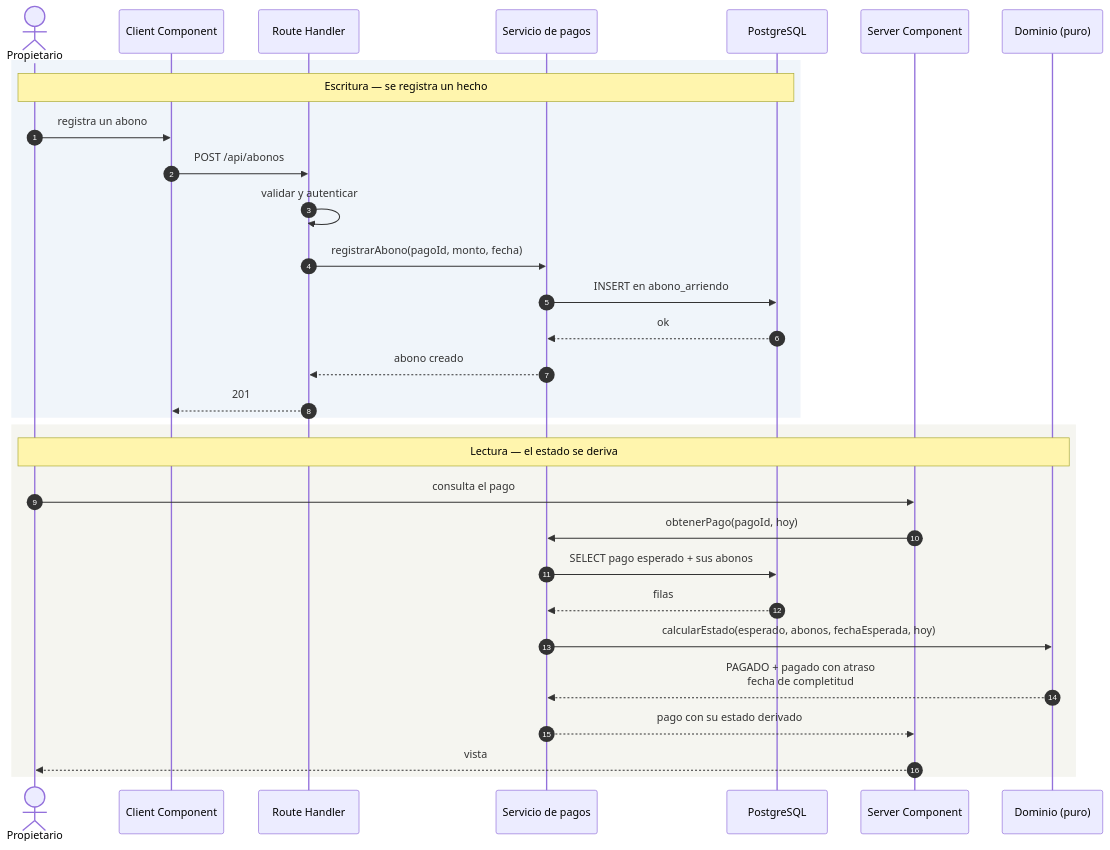
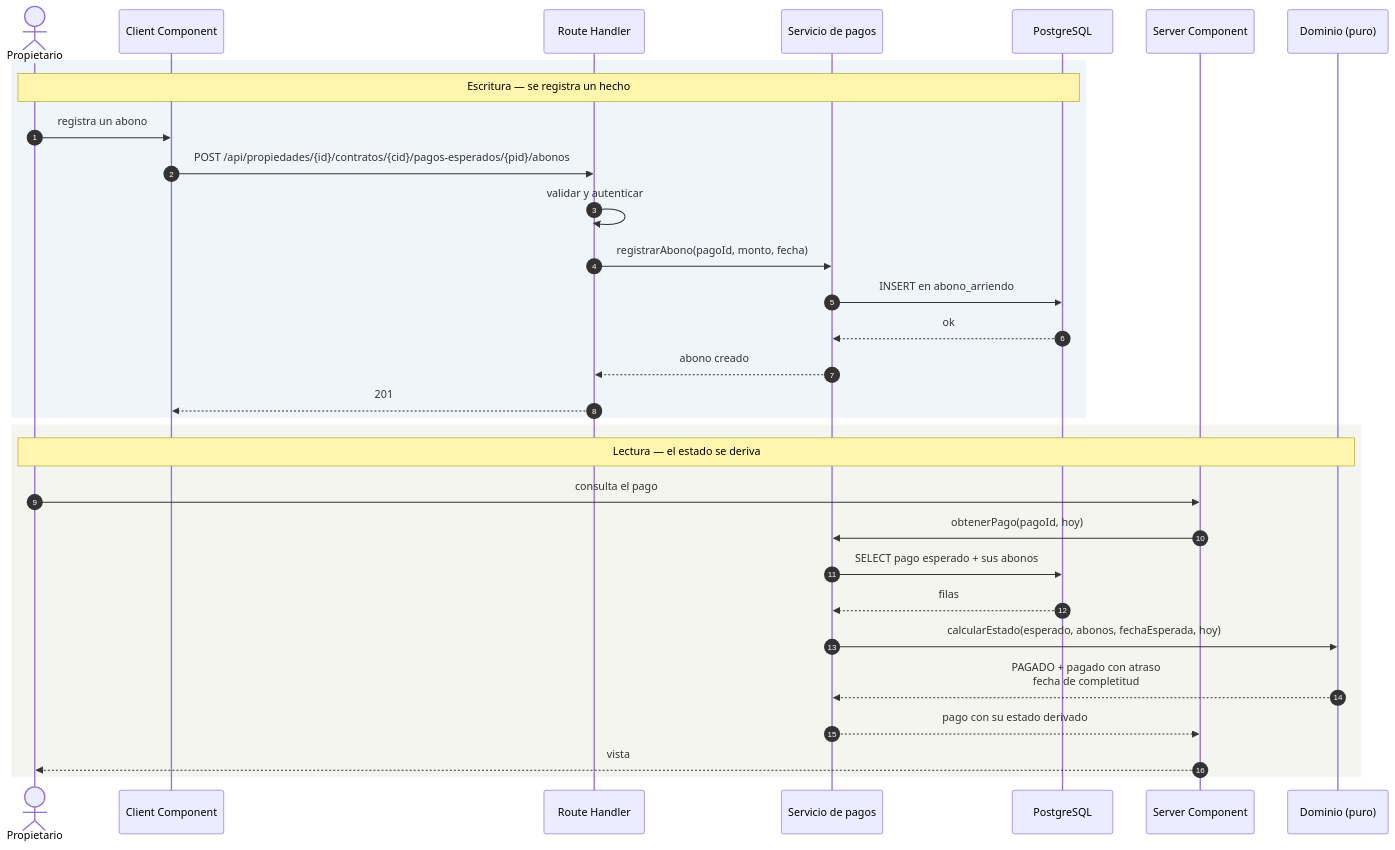
One commit to elianasaraith/feature-entrega-1-ESRF changed the fifth of 5 diagrams in docs/architecture.md. Above: the diagram before and after it, drawn with Mermaid. The commit also changed other lines of this file and 26 other files, not shown here.

````diff
--- a/docs/architecture.md
+++ b/docs/architecture.md
@@ -714,35 +714,35 @@
 ```mermaid
 sequenceDiagram
     autonumber
     actor U as Propietario
     participant C as Client Component
     participant R as Route Handler
     participant S as Servicio de pagos
     participant P as PostgreSQL
     participant SC as Server Component
     participant D as Dominio (puro)
 
     rect rgb(240, 245, 250)
     note over U,P: Escritura — se registra un hecho
     U->>C: registra un abono
-    C->>R: POST /api/abonos
+    C->>R: POST /api/propiedades/{id}/contratos/{cid}/pagos-esperados/{pid}/abonos
     R->>R: validar y autenticar
     R->>S: registrarAbono(pagoId, monto, fecha)
     S->>P: INSERT en abono_arriendo
     P-->>S: ok
     S-->>R: abono creado
     R-->>C: 201
     end
 
     rect rgb(245, 245, 240)
     note over U,D: Lectura — el estado se deriva
     U->>SC: consulta el pago
     SC->>S: obtenerPago(pagoId, hoy)
     S->>P: SELECT pago esperado + sus abonos
     P-->>S: filas
     S->>D: calcularEstado(esperado, abonos, fechaEsperada, hoy)
     D-->>S: PAGADO + pagado con atraso<br/>fecha de completitud
     S-->>SC: pago con su estado derivado
     SC-->>U: vista
     end
 ```
````
